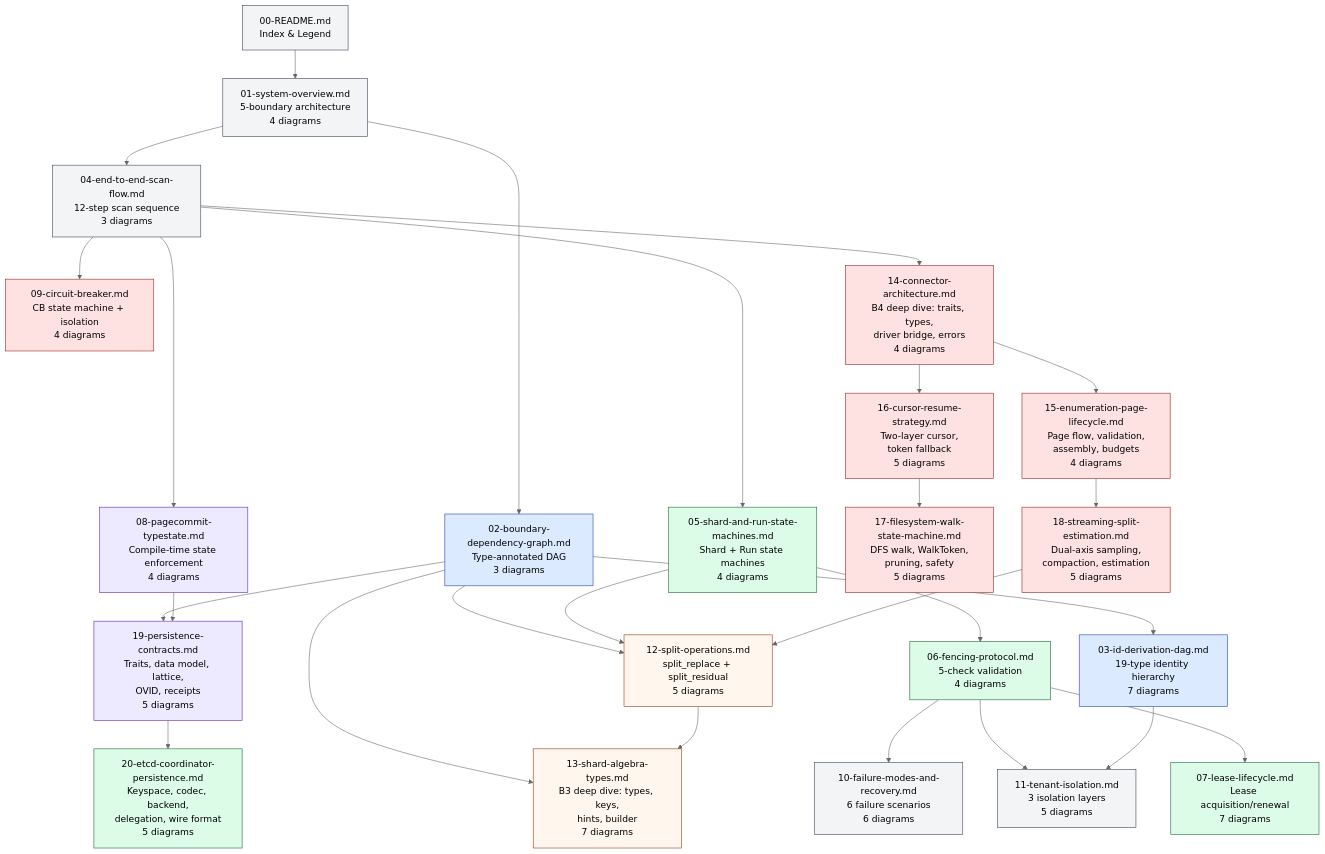
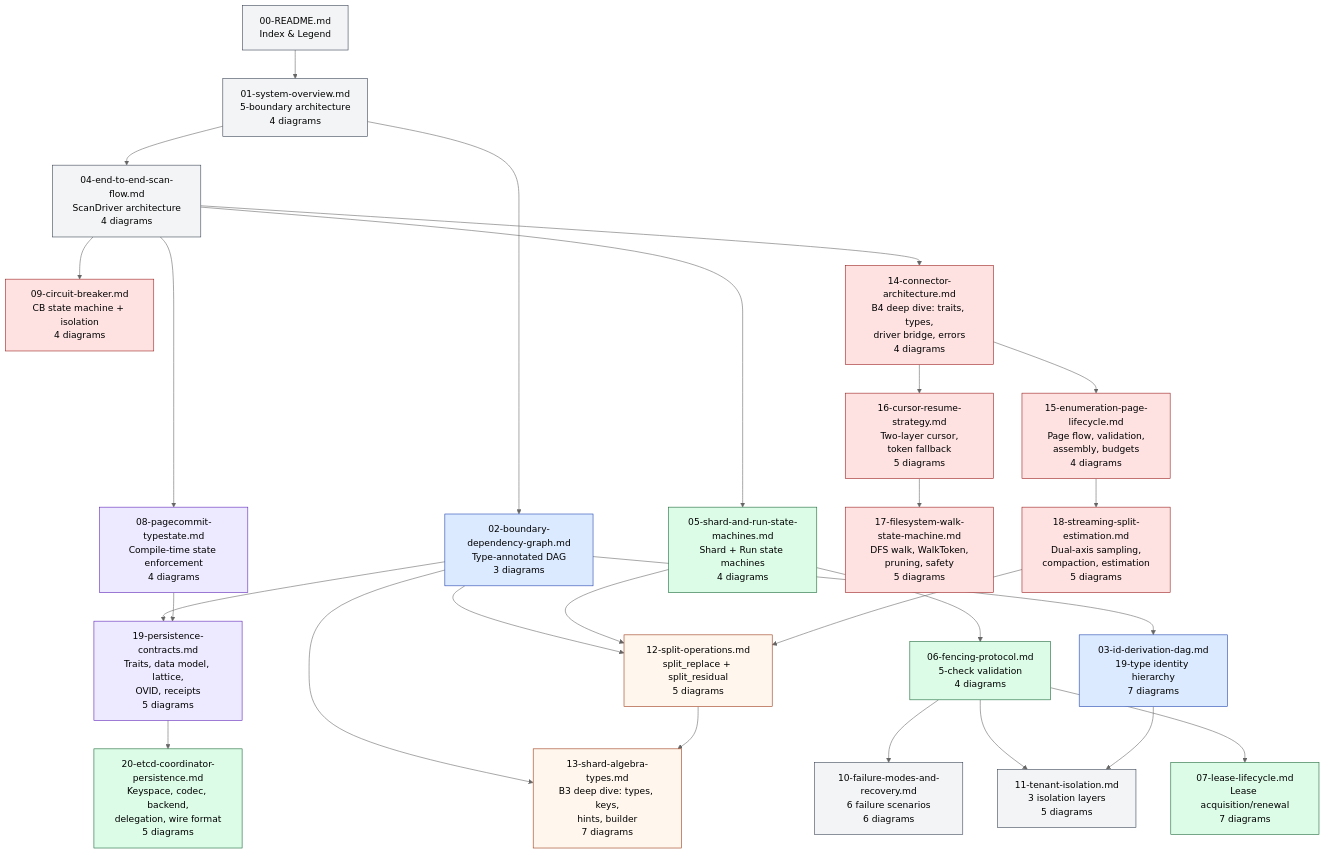
The diagram in diagrams/00-README.md (ahrav/Gossip-rs), drawn with Mermaid (neutral theme) before and after one commit. The commit also changed other lines of this file and 8 other files, not shown here.

First line of the commit message:
Refactor end-to-end scan flow doc to driver architecture

````diff
--- a/diagrams/00-README.md
+++ b/diagrams/00-README.md
@@ -32,76 +32,76 @@
 ```mermaid
 %% Diagram: file-relationship-map
 graph TD
     R[00-README.md<br/>Index & Legend]
 
     SO[01-system-overview.md<br/>5-boundary architecture<br/>4 diagrams]
     BD[02-boundary-dependency-graph.md<br/>Type-annotated DAG<br/>3 diagrams]
     ID[03-id-derivation-dag.md<br/>19-type identity hierarchy<br/>7 diagrams]
-    E2E[04-end-to-end-scan-flow.md<br/>12-step scan sequence<br/>3 diagrams]
+    E2E[04-end-to-end-scan-flow.md<br/>ScanDriver architecture<br/>4 diagrams]
 
     SM[05-shard-and-run-state-machines.md<br/>Shard + Run state machines<br/>4 diagrams]
     FP[06-fencing-protocol.md<br/>5-check validation<br/>4 diagrams]
     LL[07-lease-lifecycle.md<br/>Lease acquisition/renewal<br/>7 diagrams]
     PC[08-pagecommit-typestate.md<br/>Compile-time state enforcement<br/>4 diagrams]
     CB[09-circuit-breaker.md<br/>CB state machine + isolation<br/>4 diagrams]
 
     FM[10-failure-modes-and-recovery.md<br/>6 failure scenarios<br/>6 diagrams]
     TI[11-tenant-isolation.md<br/>3 isolation layers<br/>5 diagrams]
     SP[12-split-operations.md<br/>split_replace + split_residual<br/>5 diagrams]
     SA[13-shard-algebra-types.md<br/>B3 deep dive: types, keys,<br/>hints, builder<br/>7 diagrams]
     CA[14-connector-architecture.md<br/>B4 deep dive: traits, types,<br/>driver bridge, errors<br/>4 diagrams]
     PL[15-enumeration-page-lifecycle.md<br/>Page flow, validation,<br/>assembly, budgets<br/>4 diagrams]
     CR[16-cursor-resume-strategy.md<br/>Two-layer cursor,<br/>token fallback<br/>5 diagrams]
     FW[17-filesystem-walk-state-machine.md<br/>DFS walk, WalkToken,<br/>pruning, safety<br/>5 diagrams]
     SE[18-streaming-split-estimation.md<br/>Dual-axis sampling,<br/>compaction, estimation<br/>5 diagrams]
     PCC[19-persistence-contracts.md<br/>Traits, data model, lattice,<br/>OVID, receipts<br/>5 diagrams]
     ECP[20-etcd-coordinator-persistence.md<br/>Keyspace, codec, backend,<br/>delegation, wire format<br/>5 diagrams]
 
     R --> SO
     SO --> BD
     SO --> E2E
     BD --> ID
     BD --> SP
     E2E --> SM
     SM --> FP
     FP --> LL
     E2E --> PC
     E2E --> CB
     SM --> SP
     FP --> FM
     FP --> TI
     ID --> TI
     BD --> SA
     SP --> SA
     E2E --> CA
     CA --> PL
     CA --> CR
     CR --> FW
     PL --> SE
     SE --> SP
     BD --> PCC
     PCC --> ECP
     PC --> PCC
 
     style R fill:#F3F4F6,stroke:#374151
     style SO fill:#F3F4F6,stroke:#374151
     style BD fill:#DBEAFE,stroke:#1E40AF
     style ID fill:#DBEAFE,stroke:#1E40AF
     style E2E fill:#F3F4F6,stroke:#374151
     style SM fill:#DCFCE7,stroke:#166534
     style FP fill:#DCFCE7,stroke:#166534
     style LL fill:#DCFCE7,stroke:#166534
     style PC fill:#EDE9FE,stroke:#5B21B6
     style CB fill:#FEE2E2,stroke:#991B1B
     style FM fill:#F3F4F6,stroke:#374151
     style TI fill:#F3F4F6,stroke:#374151
     style SP fill:#FFF7ED,stroke:#9A3412
     style SA fill:#FFF7ED,stroke:#9A3412
     style CA fill:#FEE2E2,stroke:#991B1B
     style PL fill:#FEE2E2,stroke:#991B1B
     style CR fill:#FEE2E2,stroke:#991B1B
     style FW fill:#FEE2E2,stroke:#991B1B
     style SE fill:#FEE2E2,stroke:#991B1B
     style PCC fill:#EDE9FE,stroke:#5B21B6
     style ECP fill:#DCFCE7,stroke:#166534
 ```
````
